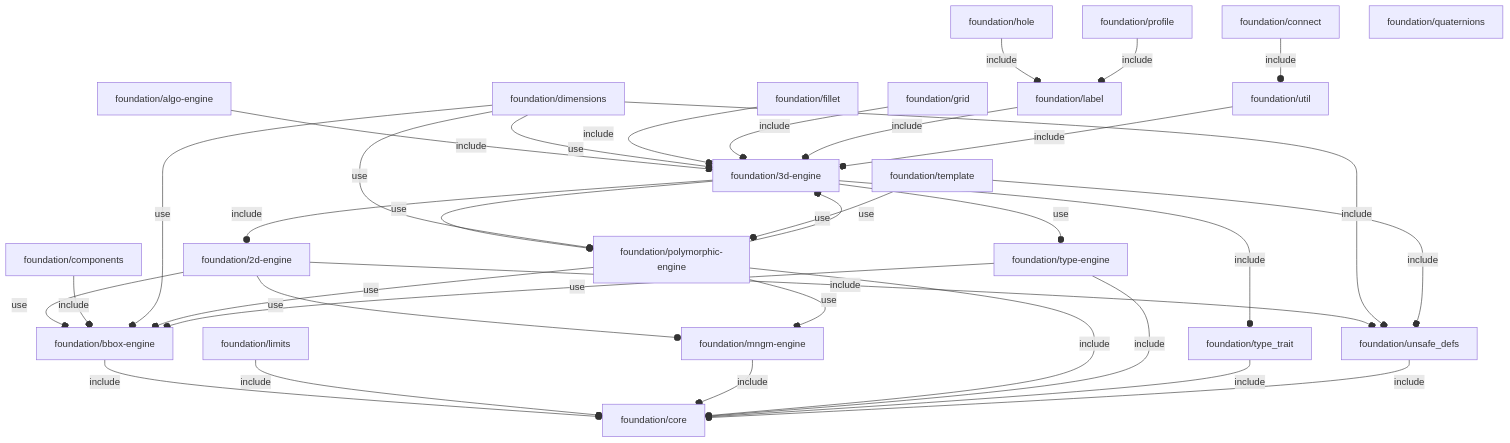
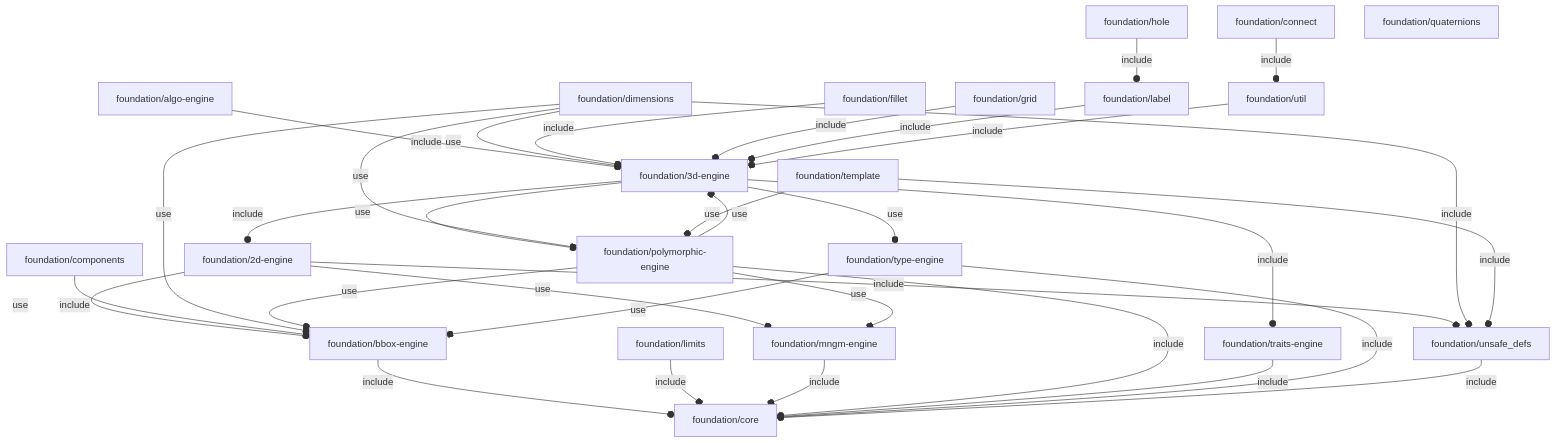
Before and after one commit to ggabbiani/OFL: the diagram in orthodocs/foundation/deps.md, drawn with Mermaid. The commit also changed 28 other files, not shown here.

Commit message:
renamed foundation/profile.scad into artifacts/profiles-engine.scad, renamed foundation/type_trait.scad into foundation/traits-engine.scad

````diff
--- a/orthodocs/foundation/deps.md
+++ b/orthodocs/foundation/deps.md
@@ -3,38 +3,37 @@
 ```mermaid
 graph TD
     A1[foundation/2d-engine] --o|include| A2[foundation/unsafe_defs]
     A1 --o|use| A3[foundation/bbox-engine]
     A1 --o|use| A4[foundation/mngm-engine]
     A5[foundation/3d-engine] --o|include| A1
-    A5 --o|include| A6[foundation/type_trait]
+    A5 --o|include| A6[foundation/traits-engine]
     A5 --o|use| A7[foundation/polymorphic-engine]
     A5 --o|use| A8[foundation/type-engine]
     A9[foundation/algo-engine] --o|include| A5
     A3 --o|include| A10[foundation/core]
     A11[foundation/components] --o|include| A3
     A12[foundation/connect] --o|include| A13[foundation/util]
     A10
     A14[foundation/dimensions] --o|include| A2
     A14 --o|use| A5
     A14 --o|use| A3
     A14 --o|use| A7
     A15[foundation/fillet] --o|include| A5
     A16[foundation/grid] --o|include| A5
     A17[foundation/hole] --o|include| A18[foundation/label]
     A18 --o|include| A5
     A19[foundation/limits] --o|include| A10
     A4 --o|include| A10
     A7 --o|include| A10
     A7 --o|use| A5
     A7 --o|use| A3
     A7 --o|use| A4
-    A20[foundation/profile] --o|include| A18
-    A21[foundation/quaternions]
-    A22[foundation/template] --o|include| A2
-    A22 --o|use| A7
+    A20[foundation/quaternions]
+    A21[foundation/template] --o|include| A2
+    A21 --o|use| A7
+    A6 --o|include| A10
     A8 --o|include| A10
     A8 --o|use| A3
-    A6 --o|include| A10
     A2 --o|include| A10
     A13 --o|include| A5
 ```
````
